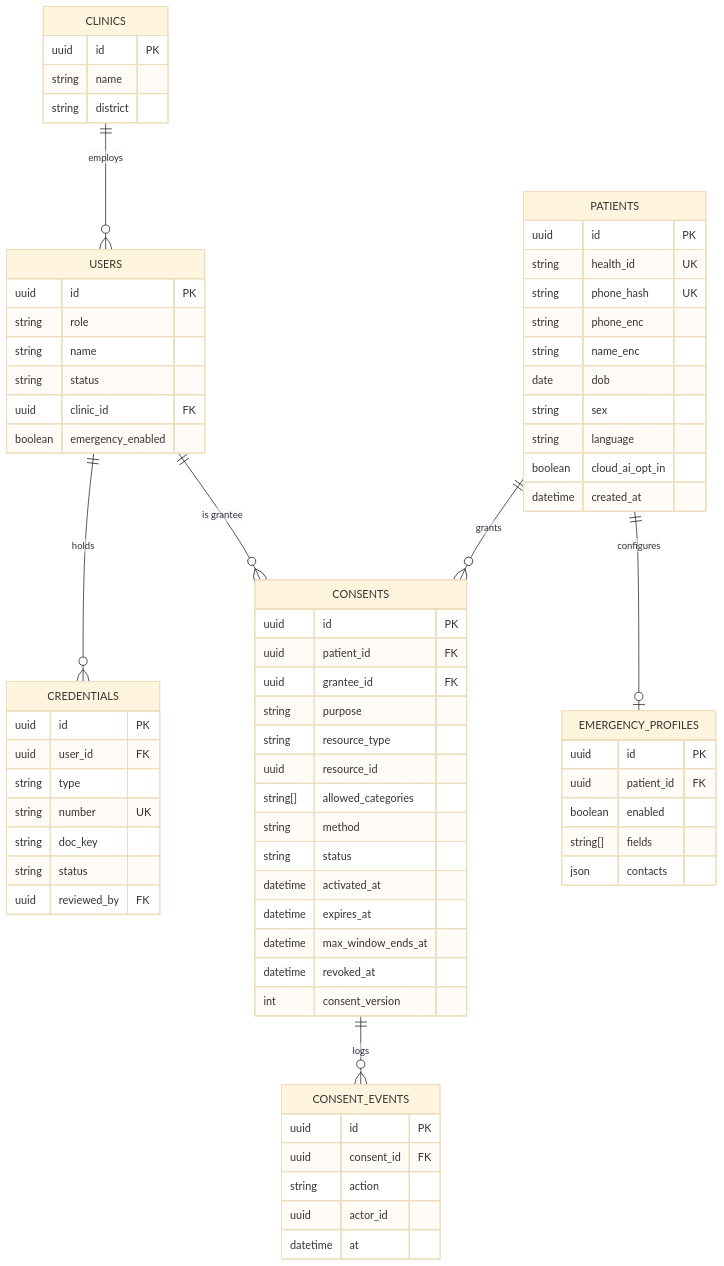
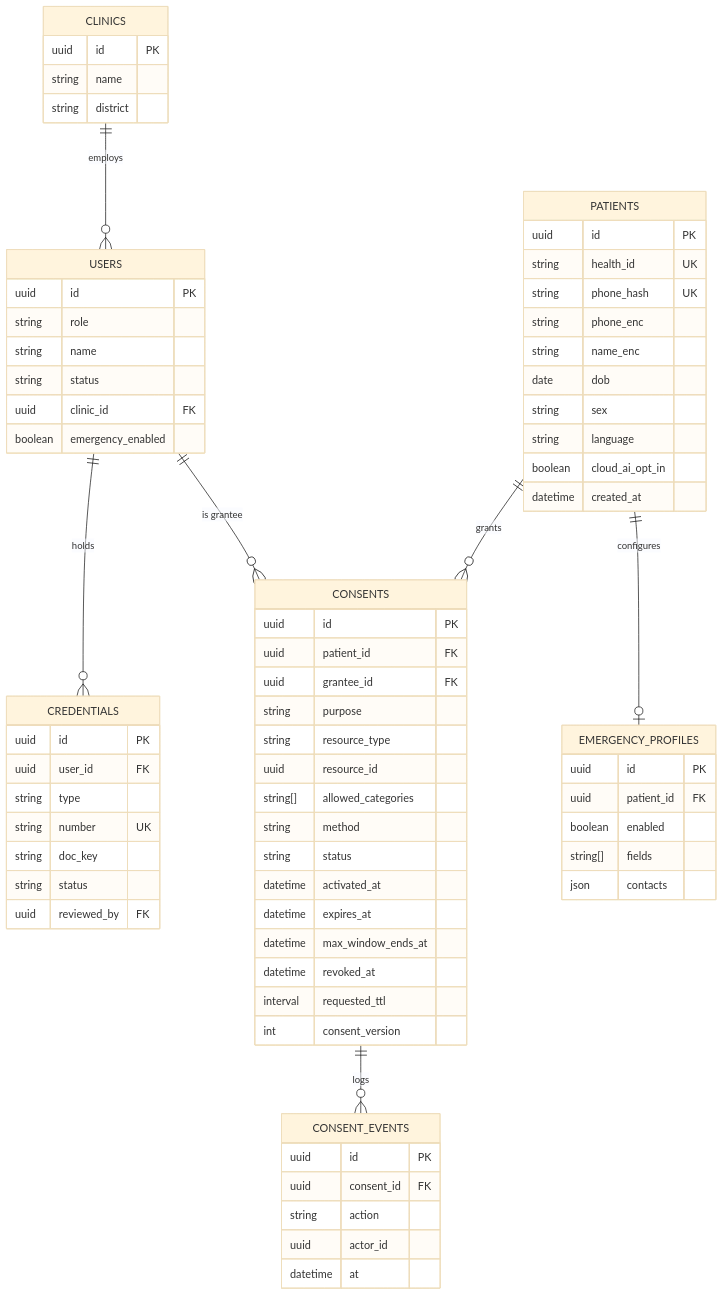
One commit to sarwar-islam/swasthyoid changed diagram 26 of 32 in docs/FRD.md. Above: the diagram before and after it, drawn with Mermaid (base theme). The commit also changed other lines of this file and 4 other files, not shown here.

````diff
--- a/docs/FRD.md
+++ b/docs/FRD.md
@@ -914,74 +931,75 @@
 ```mermaid
 erDiagram
     CLINICS ||--o{ USERS : employs
     USERS ||--o{ CREDENTIALS : holds
     PATIENTS ||--o{ CONSENTS : grants
     USERS ||--o{ CONSENTS : "is grantee"
     CONSENTS ||--o{ CONSENT_EVENTS : logs
     PATIENTS ||--o| EMERGENCY_PROFILES : configures
 
     CLINICS {
         uuid id PK
         string name
         string district
     }
     PATIENTS {
         uuid id PK
         string health_id UK
         string phone_hash UK
         string phone_enc
         string name_enc
         date dob
         string sex
         string language
         boolean cloud_ai_opt_in
         datetime created_at
     }
     USERS {
         uuid id PK
         string role
         string name
         string status
         uuid clinic_id FK
         boolean emergency_enabled
     }
     CREDENTIALS {
         uuid id PK
         uuid user_id FK
         string type
         string number UK
         string doc_key
         string status
         uuid reviewed_by FK
     }
     CONSENTS {
         uuid id PK
         uuid patient_id FK
         uuid grantee_id FK
         string purpose
         string resource_type
         uuid resource_id
         string[] allowed_categories
         string method
         string status
         datetime activated_at
         datetime expires_at
         datetime max_window_ends_at
         datetime revoked_at
+        interval requested_ttl
         int consent_version
     }
     CONSENT_EVENTS {
         uuid id PK
         uuid consent_id FK
         string action
         uuid actor_id
         datetime at
     }
     EMERGENCY_PROFILES {
         uuid id PK
         uuid patient_id FK
         boolean enabled
         string[] fields
         json contacts
     }
 ```
````
